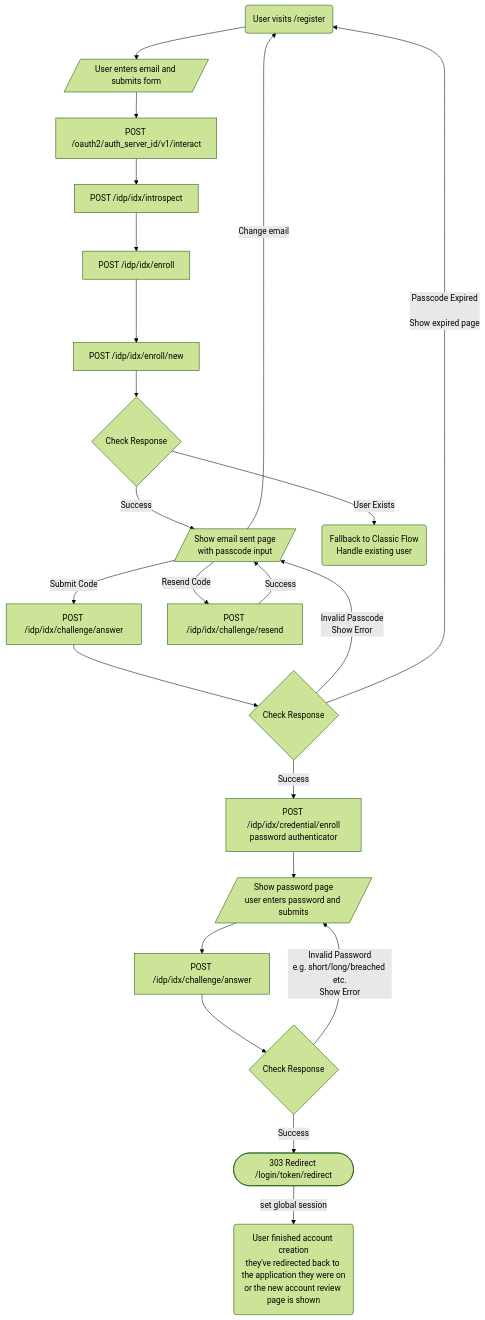
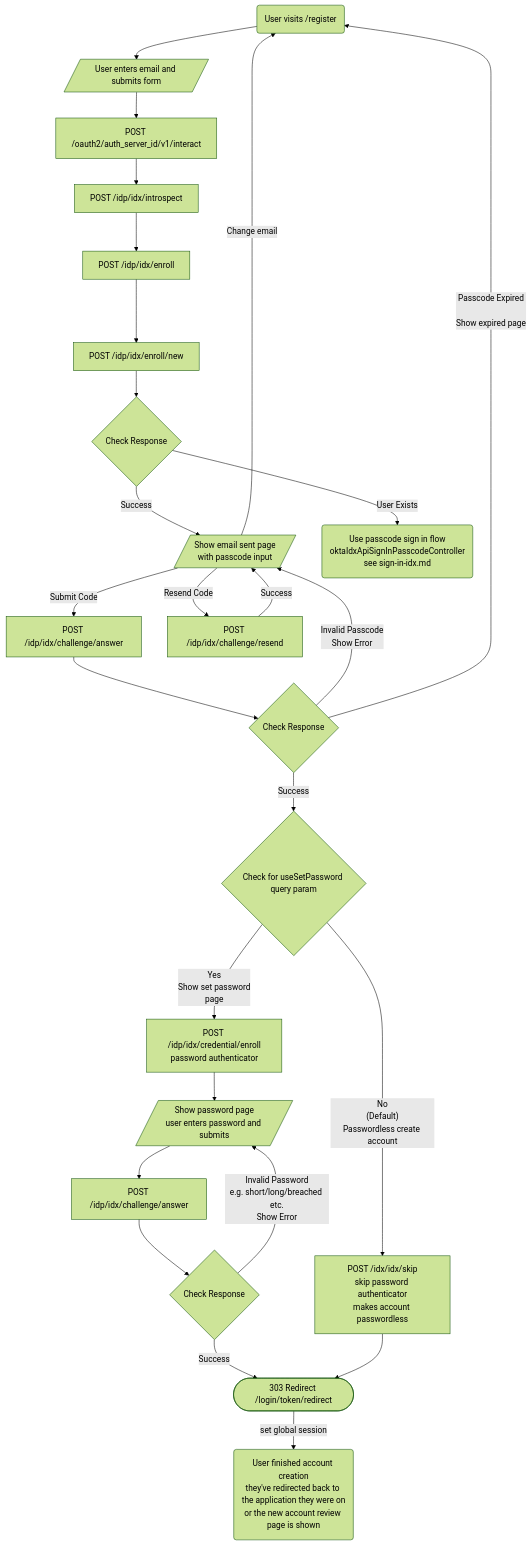
One commit to guardian/gateway changed the diagram in docs/okta/idx/create-account-idx.md. Above: the diagram before and after it, drawn with Mermaid (forest theme). The commit also changed other lines of this file, not shown here.

Commit message:
chore(docs): update create-account-idx documentation

````diff
--- a/docs/okta/idx/create-account-idx.md
+++ b/docs/okta/idx/create-account-idx.md
@@ -18,30 +18,36 @@
 ```mermaid
 flowchart TD
     start(User visits /register)
     start --> enter-email[/User enters email and submits form/]
     enter-email --> interact[POST /oauth2/auth_server_id/v1/interact]
     interact --> introspect[POST /idp/idx/introspect]
     introspect --> enroll[POST /idp/idx/enroll]
     enroll --> enroll-new[POST /idp/idx/enroll/new]
     enroll-new --> enroll-new-check{Check Response}
     enroll-new-check -- Success --> email-sent-passcode[/Show email sent page<br>with passcode input/]
-    enroll-new-check -- User Exists --> fallback-classic
+    enroll-new-check -- User Exists --> fallback-sign-in
     email-sent-passcode -- Submit Code --> challenge-answer[POST /idp/idx/challenge/answer]
     email-sent-passcode -- Resend Code --> email-sent-passcode-resend[POST /idp/idx/challenge/resend]
     email-sent-passcode -- Change email --> start
     email-sent-passcode-resend -- Success --> email-sent-passcode
     challenge-answer --> challenge-answer-check{Check Response}
-    challenge-answer-check -- Success --> credential-enroll-password[POST /idp/idx/credential/enroll<br>password authenticator]
+    challenge-answer-check -- Success -->  useSetPassword-flag-check
     challenge-answer-check -- Invalid Passcode<br>Show Error --> email-sent-passcode
     challenge-answer-check -- Passcode Expired<br><br>Show expired page --> start
+    useSetPassword-flag-check{Check for useSetPassword query param<br>}
+    useSetPassword-flag-check -- No<br>(Default)<br>Passwordless create account --> skip-passwordless
+    useSetPassword-flag-check -- Yes<br>Show set password<br>page --> credential-enroll-password
+    credential-enroll-password[POST /idp/idx/credential/enroll<br>password authenticator]
     credential-enroll-password --> password-page[/Show password page<br>user enters password and submits/]
     password-page --> challenge-answer-password[POST /idp/idx/challenge/answer]
     challenge-answer-password --> challenge-answer-password-check{Check Response}
     challenge-answer-password-check -- Success --> login-redirect([303 Redirect /login/token/redirect])
     challenge-answer-password-check -- Invalid Password<br>e.g. short/long/breached etc.<br>Show Error --> password-page
+    skip-passwordless[POST /idx/idx/skip<br>skip password authenticator<br>makes account passwordless]
+    skip-passwordless --> login-redirect([303 Redirect /login/token/redirect])
     login-redirect -- set global session --> finish
 
     finish(User finished account creation<br>they've redirected back to the application they were on<br>or the new account review page is shown)
 
-    fallback-classic(Fallback to Classic Flow<br>Handle existing user)
+    fallback-sign-in(Use passcode sign in flow<br>oktaIdxApiSignInPasscodeController<br>see sign-in-idx.md)
 ```
````
